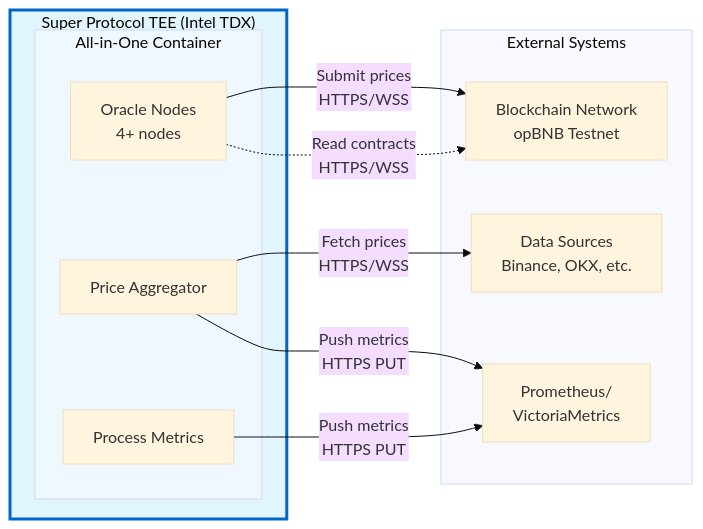
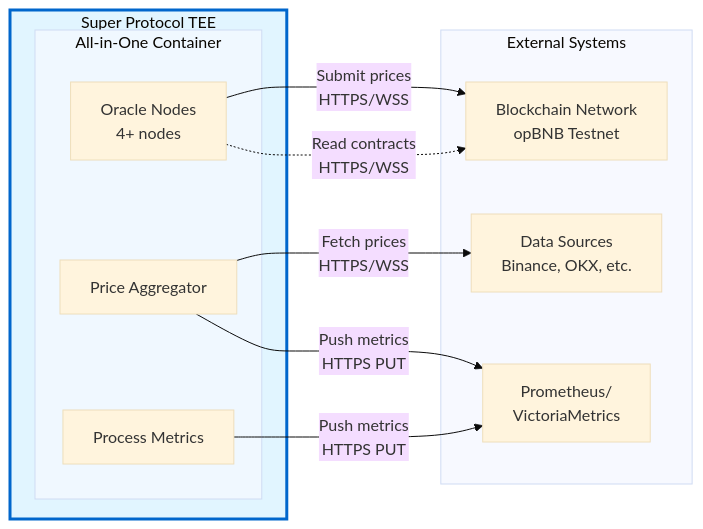
One commit to Super-Protocol/chainlink changed the fifth of 9 diagrams in docs/ARCHITECTURE.md. Above: the diagram before and after it, drawn with Mermaid (base theme). The commit also changed other lines of this file and 11 other files, not shown here.

````diff
--- a/docs/ARCHITECTURE.md
+++ b/docs/ARCHITECTURE.md
@@ -735,27 +582,27 @@
 ```mermaid
 graph LR
-    subgraph TEE["Super Protocol TEE (Intel TDX)"]
+    subgraph TEE["Super Protocol TEE"]
         subgraph Container["All-in-One Container"]
             ON[Oracle Nodes<br/>4+ nodes]
             PA[Price Aggregator]
             PM[Process Metrics]
         end
     end
 
     subgraph External["External Systems"]
         BC[Blockchain Network<br/>opBNB Testnet]
         DS[Data Sources<br/>Binance, OKX, etc.]
         PROM[Prometheus/<br/>VictoriaMetrics]
     end
 
     ON -->|Submit prices<br/>HTTPS/WSS| BC
     ON -.->|Read contracts<br/>HTTPS/WSS| BC
 
     PA -->|Fetch prices<br/>HTTPS/WSS| DS
 
     PA -->|Push metrics<br/>HTTPS PUT| PROM
     PM -->|Push metrics<br/>HTTPS PUT| PROM
 
     style TEE fill:#e1f5ff,stroke:#0066cc,stroke-width:3px
     style Container fill:#f0f8ff
 ```
````
